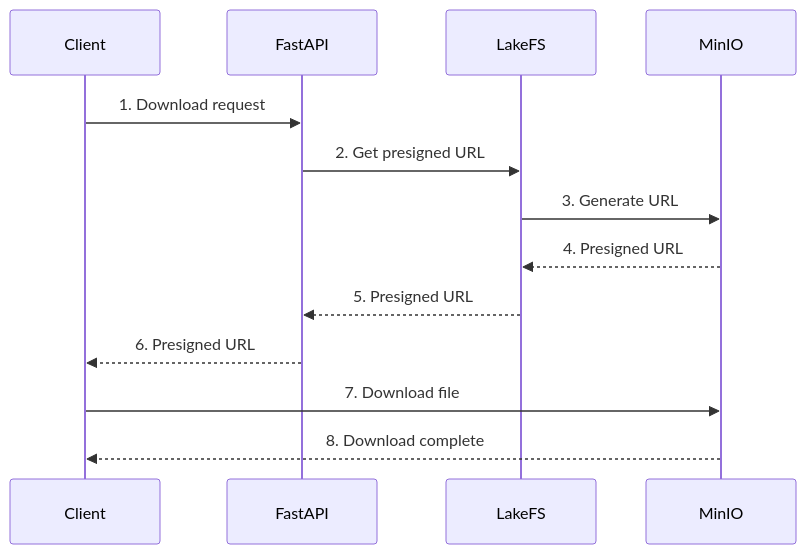
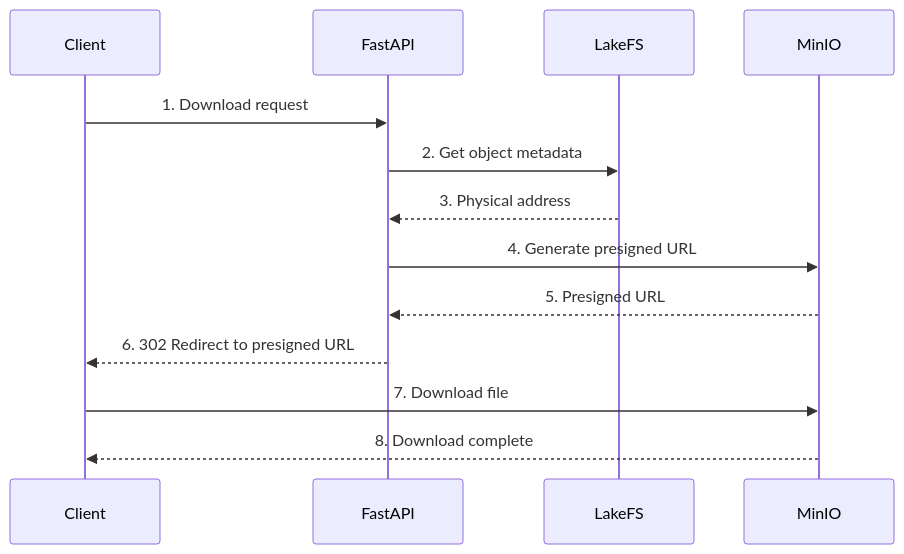
The fourth of 5 diagrams in docs/API.md (KohakuBlueleaf/KohakuHub), drawn with Mermaid before and after one commit. The commit also changed other lines of this file and 6 other files, not shown here.

````diff
--- a/docs/API.md
+++ b/docs/API.md
@@ -358,16 +374,16 @@
 ```mermaid
 sequenceDiagram
     participant C as Client
     participant S as FastAPI
     participant L as LakeFS
     participant M as MinIO
 
     C->>S: 1. Download request
-    S->>L: 2. Get presigned URL
-    L->>M: 3. Generate URL
-    M-->>L: 4. Presigned URL
-    L-->>S: 5. Presigned URL
-    S-->>C: 6. Presigned URL
+    S->>L: 2. Get object metadata
+    L-->>S: 3. Physical address
+    S->>M: 4. Generate presigned URL
+    M-->>S: 5. Presigned URL
+    S-->>C: 6. 302 Redirect to presigned URL
     C->>M: 7. Download file
     M-->>C: 8. Download complete
 ```
````
